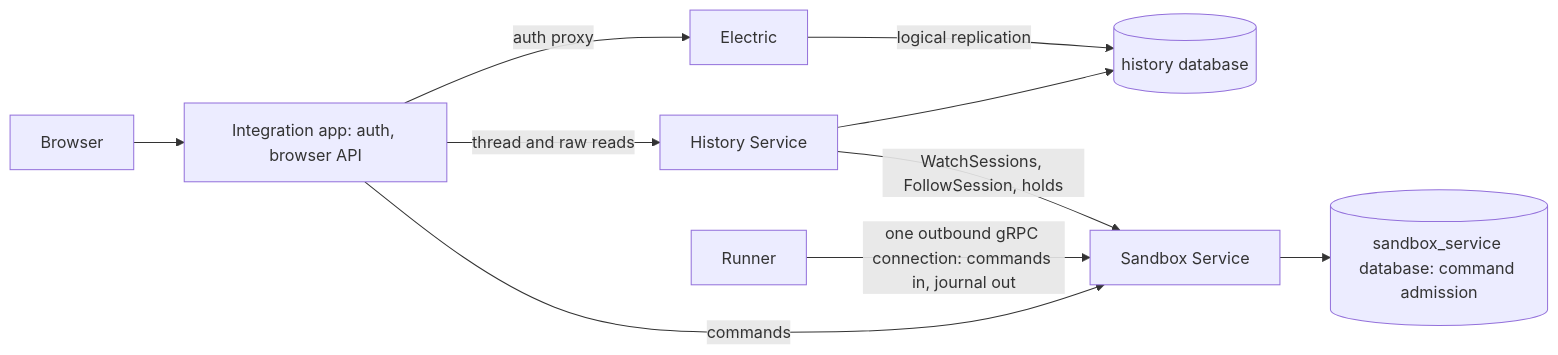
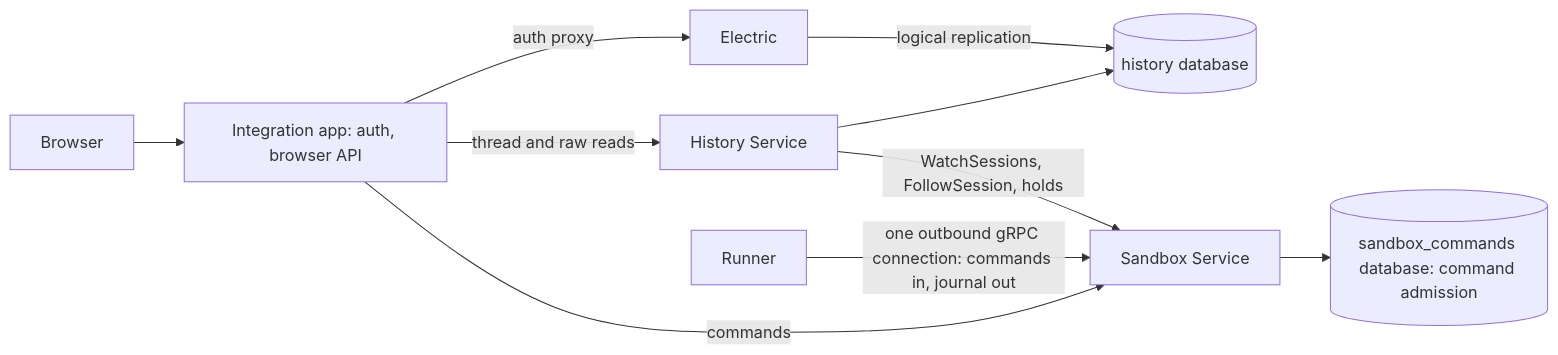
Before and after one commit to agentydragon-agent/ducktape: the diagram in agentplane/plans/history_service.md, drawn with Mermaid. The commit also changed other lines of this file and 24 other files, not shown here.

````diff
--- a/agentplane/plans/history_service.md
+++ b/agentplane/plans/history_service.md
@@ -15,12 +15,12 @@
 ```mermaid
 flowchart LR
     Browser --> App[Integration app: auth, browser API]
     App -- commands --> SS[Sandbox Service]
     App -- thread and raw reads --> HS[History Service]
     Electric -- logical replication --> HSDB[(history database)]
     App -- auth proxy --> Electric
     Runner -- one outbound gRPC connection: commands in, journal out --> SS
     HS -- WatchSessions, FollowSession, holds --> SS
     HS --> HSDB
-    SS --> SSDB[(sandbox_service database: command admission)]
+    SS --> SSDB[(sandbox_commands database: command admission)]
 ```
````
